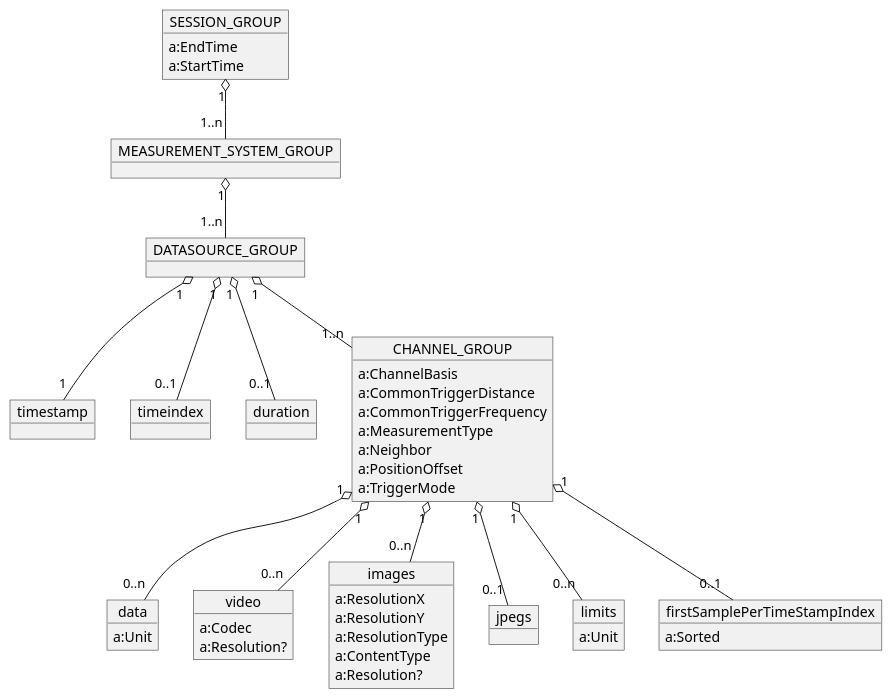
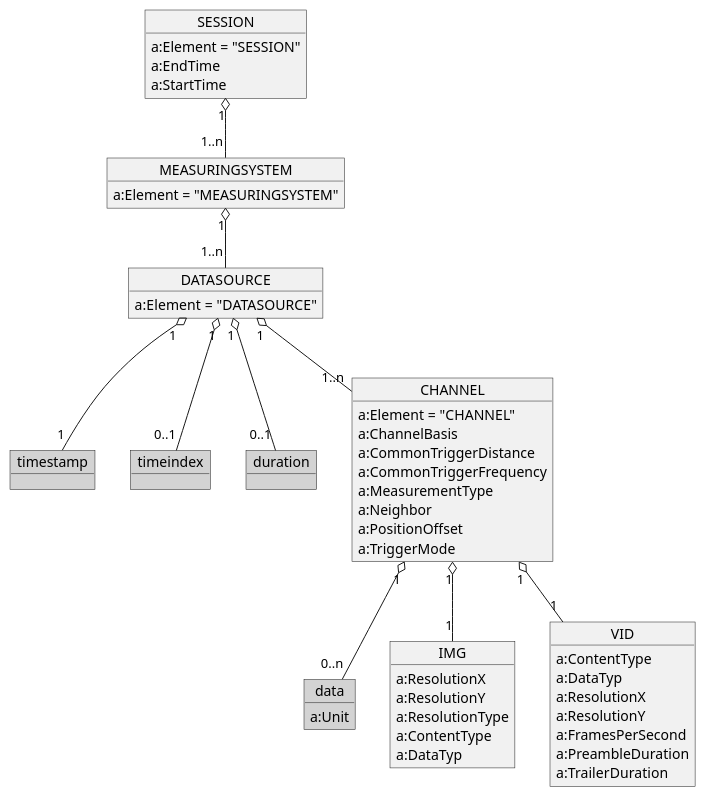
Before and after one commit to OpenRailAssociation/rcm-dx: the third of 8 diagrams in images.puml, drawn with PlantUML. The commit also changed other lines of this file and 5 other files, not shown here.

Commit message:
TIM-1111: New SBB-Logo added; minor changes in readme.md; new diagram images in specification; color changes in latex theme to match SBB restrictions.

```diff
--- a/images.puml
+++ b/images.puml
@@ -67,66 +90,74 @@
 @startuml RCM_DX_MS_overview
 
-object SESSION_GROUP {
-  a:EndTime
-  a:StartTime
-}
+  object SESSION {
+    a:Element = "SESSION"
+    a:EndTime
+    a:StartTime
+  }
 
-object MEASUREMENT_SYSTEM_GROUP
-object DATASOURCE_GROUP
-object timestamp
-object timeindex
-object duration
+  object MEASURINGSYSTEM {
+    a:Element = "MEASURINGSYSTEM"
+  }
 
-object CHANNEL_GROUP {
-  a:ChannelBasis
-  a:CommonTriggerDistance
-  a:CommonTriggerFrequency
-  a:MeasurementType
-  a:Neighbor
-  a:PositionOffset
-  a:TriggerMode
-}
+  object DATASOURCE {
+    a:Element = "DATASOURCE"
+  }
 
-object data {
-  a:Unit
-}
+  object timestamp #LightGray
+  object timeindex #LightGray
+  object duration #LightGray
 
-object video {
-  a:Codec
-  a:Resolution?
-}
+  object CHANNEL {
+    a:Element = "CHANNEL"
+    a:ChannelBasis
+    a:CommonTriggerDistance
+    a:CommonTriggerFrequency
+    a:MeasurementType
+    a:Neighbor
+    a:PositionOffset
+    a:TriggerMode
+  }
 
-object images {
-  a:ResolutionX
-  a:ResolutionY
-  a:ResolutionType
-  a:ContentType
-  a:Resolution?
-}
+  object data #LightGray{
+    a:Unit
+  }
 
-object jpegs
+  object IMG.NNNNNNNNN
 
-object limits {
-  a:Unit
-}
+  object VID.NNNNNNNNN
 
-object firstSamplePerTimeStampIndex {
-  a:Sorted
-}
+  object VID {
+    a:ContentType
+    a:DataTyp
+    a:ResolutionX
+    a:ResolutionY
+    a:FramesPerSecond
+    a:PreambleDuration
+    a:TrailerDuration
+  }
 
-SESSION_GROUP "1" o-- "1..n" MEASUREMENT_SYSTEM_GROUP
-MEASUREMENT_SYSTEM_GROUP "1" o-- "1..n" DATASOURCE_GROUP
-DATASOURCE_GROUP "1" o-- "1" timestamp
-DATASOURCE_GROUP "1" o-- "0..1" timeindex
-DATASOURCE_GROUP "1" o-- "0..1" duration
+  object IMG {
+    a:ResolutionX
+    a:ResolutionY
+    a:ResolutionType
+    a:ContentType
+    a:DataTyp
+  }
 
-DATASOURCE_GROUP "1" o-- "1..n" CHANNEL_GROUP
+  SESSION "1" o-- "1..n" MEASURINGSYSTEM
 
-CHANNEL_GROUP "1" o-- "0..n" data
-CHANNEL_GROUP "1" o-- "0..n" video
-CHANNEL_GROUP "1" o-- "0..n" images
-CHANNEL_GROUP "1" o-- "0..1" jpegs
-CHANNEL_GROUP "1" o-- "0..n" limits
-CHANNEL_GROUP "1" o-- "0..1" firstSamplePerTimeStampIndex
+  MEASURINGSYSTEM "1" o-- "1..n" DATASOURCE
+  DATASOURCE "1" o-- "1" timestamp
+  DATASOURCE "1" o-- "0..1" timeindex
+  DATASOURCE "1" o-- "0..1" duration
+
+  DATASOURCE "1" o-- "1..n" CHANNEL
+
+  CHANNEL "1" o-- "0..n" data
+  CHANNEL "1" o-- "1" VID
+  CHANNEL "1" o-- "1" IMG
+
+  IMG "1" o-- "1..n" IMG.NNNNNNNNN
+  VID "1" o-- "1..n" VID.NNNNNNNNN
 
 @enduml
```
